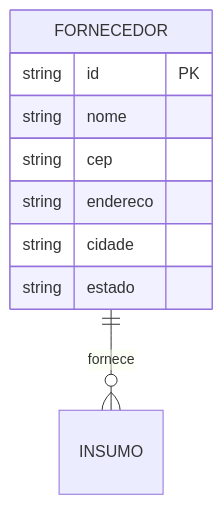
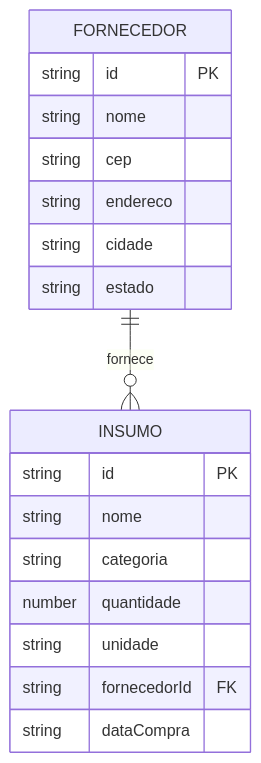
Before and after one commit to matheusbren/agrostock: the diagram in docs/spec.md, drawn with Mermaid. The commit also changed other lines of this file and 1 other file, not shown here.

````diff
--- a/docs/spec.md
+++ b/docs/spec.md
@@ -11,13 +74,23 @@
 ```mermaid
 erDiagram
     FORNECEDOR ||--o{ INSUMO : "fornece"
 
     FORNECEDOR {
         string id PK
         string nome
         string cep
         string endereco
         string cidade
         string estado
     }
+
+    INSUMO {
+        string id PK
+        string nome
+        string categoria
+        number quantidade
+        string unidade
+        string fornecedorId FK
+        string dataCompra
+    }
 ```
````
